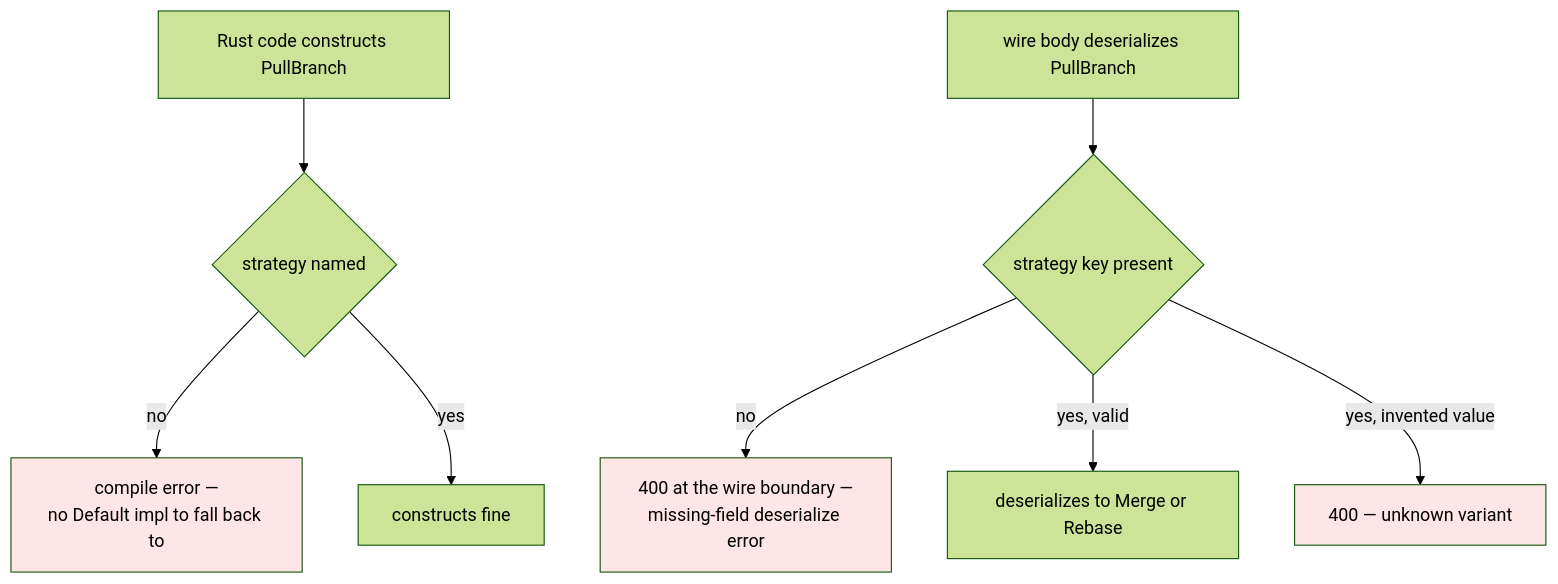
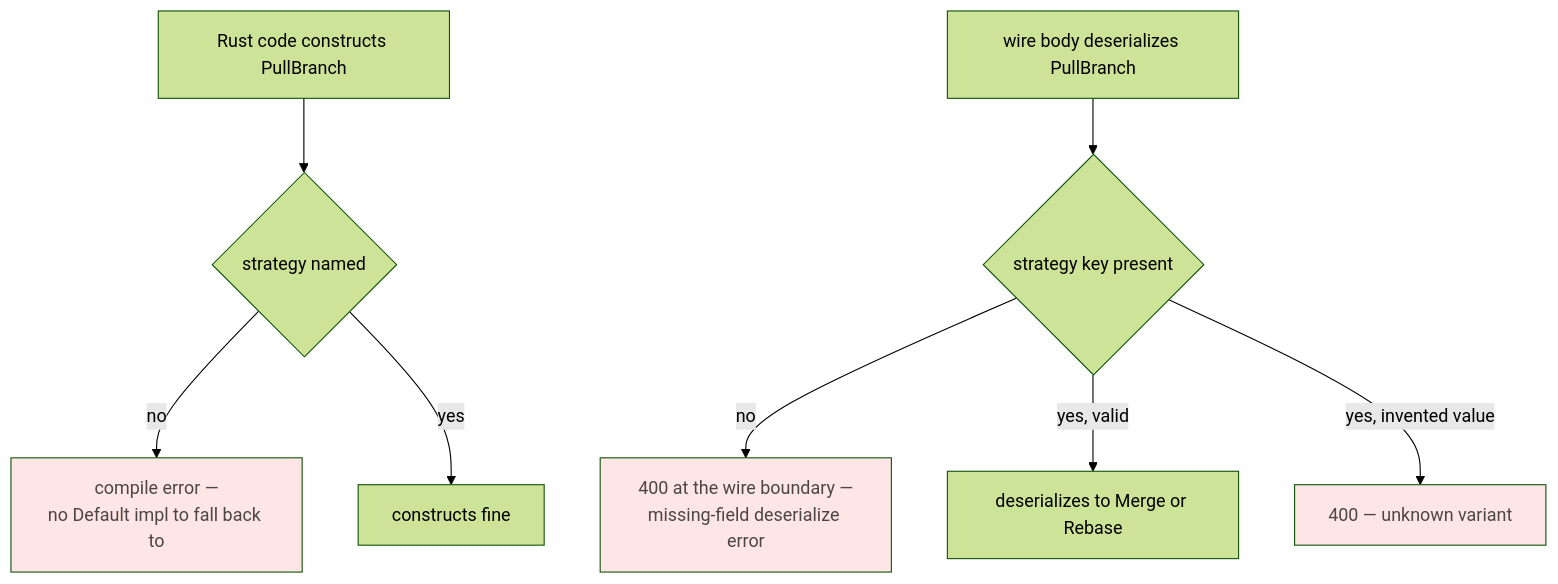
Before and after one commit to tom2025b/git-vista: the fourth of 7 diagrams in docs/adr/0039-remote-operation-vocabulary.md, drawn with Mermaid (forest theme). The commit also changed other lines of this file and 21 other files, not shown here.

````diff
--- a/docs/adr/0039-remote-operation-vocabulary.md
+++ b/docs/adr/0039-remote-operation-vocabulary.md
@@ -185,13 +185,13 @@
 ```mermaid
 flowchart TD
     A["Rust code constructs PullBranch"] --> B{"strategy named"}
     B -->|"no"| C["compile error —<br/>no Default impl to fall back to"]
     B -->|"yes"| D["constructs fine"]
     E["wire body deserializes PullBranch"] --> F{"strategy key present"}
     F -->|"no"| G["400 at the wire boundary —<br/>missing-field deserialize error"]
     F -->|"yes, valid"| H["deserializes to Merge or Rebase"]
     F -->|"yes, invented value"| I["400 — unknown variant"]
-    style C fill:#ffe6e6
-    style G fill:#ffe6e6
-    style I fill:#ffe6e6
+    style C fill:#ffe6e6,color:#4c4545
+    style G fill:#ffe6e6,color:#4c4545
+    style I fill:#ffe6e6,color:#4c4545
 ```
````
